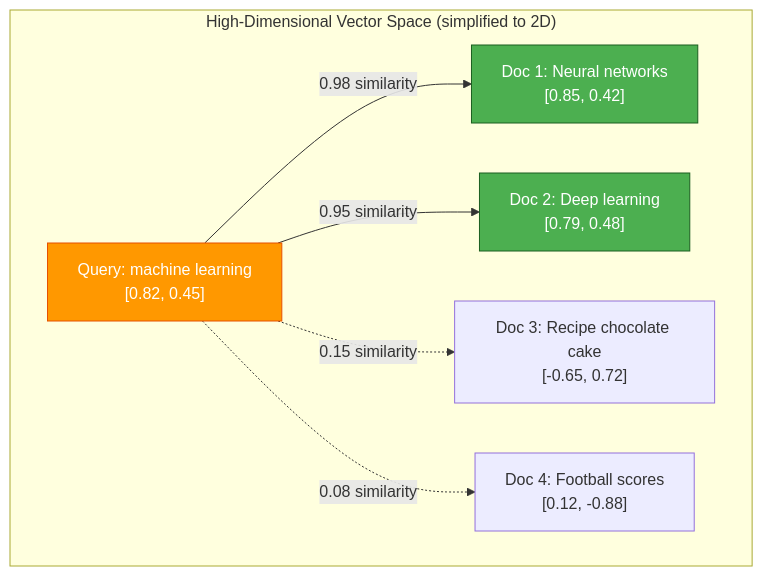
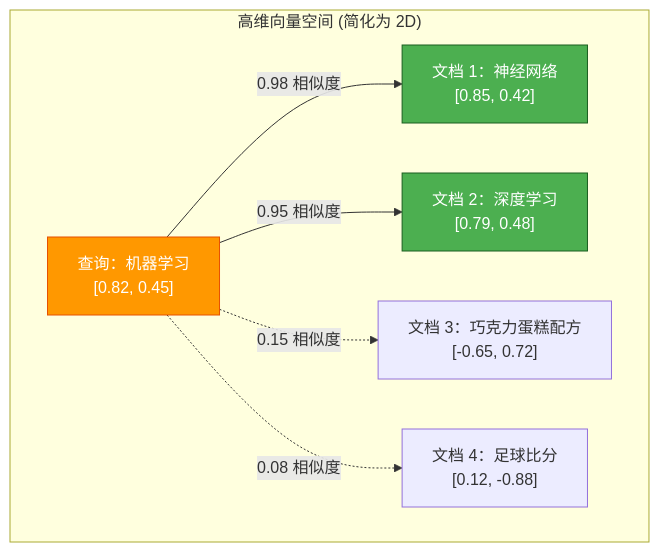
Before and after one commit to YiWang24/AiDIY: the fourth of 10 diagrams in i18n/zh-Hans/docusaurus-plugin-content-docs/current/ai/rag/04-retrieval.mdx, drawn with Mermaid. The commit also changed other lines of this file and 59 other files, not shown here.

````diff
--- a/i18n/zh-Hans/docusaurus-plugin-content-docs/current/ai/rag/04-retrieval.mdx
+++ b/i18n/zh-Hans/docusaurus-plugin-content-docs/current/ai/rag/04-retrieval.mdx
@@ -144,20 +144,20 @@
 ```mermaid
 flowchart TB
-    subgraph VectorSpace["High-Dimensional Vector Space (simplified to 2D)"]
-        Q["Query: machine learning<br/>[0.82, 0.45]"]
+    subgraph VectorSpace["高维向量空间 (简化为 2D)"]
+        Q["查询：机器学习<br/>[0.82, 0.45]"]
 
-        D1["Doc 1: Neural networks<br/>[0.85, 0.42]"]
-        D2["Doc 2: Deep learning<br/>[0.79, 0.48]"]
-        D3["Doc 3: Recipe chocolate cake<br/>[-0.65, 0.72]"]
-        D4["Doc 4: Football scores<br/>[0.12, -0.88]"]
+        D1["文档 1：神经网络<br/>[0.85, 0.42]"]
+        D2["文档 2：深度学习<br/>[0.79, 0.48]"]
+        D3["文档 3：巧克力蛋糕配方<br/>[-0.65, 0.72]"]
+        D4["文档 4：足球比分<br/>[0.12, -0.88]"]
     end
 
-    Q -->|0.98 similarity| D1
-    Q -->|0.95 similarity| D2
-    Q -.->|0.15 similarity| D3
-    Q -.->|0.08 similarity| D4
+    Q -->|0.98 相似度| D1
+    Q -->|0.95 相似度| D2
+    Q -.->|0.15 相似度| D3
+    Q -.->|0.08 相似度| D4
 
     style Q fill:#ff9800,stroke:#e65100,color:#fff
     style D1 fill:#4caf50,stroke:#1b5e20,color:#fff
     style D2 fill:#4caf50,stroke:#1b5e20,color:#fff
 ```
````
